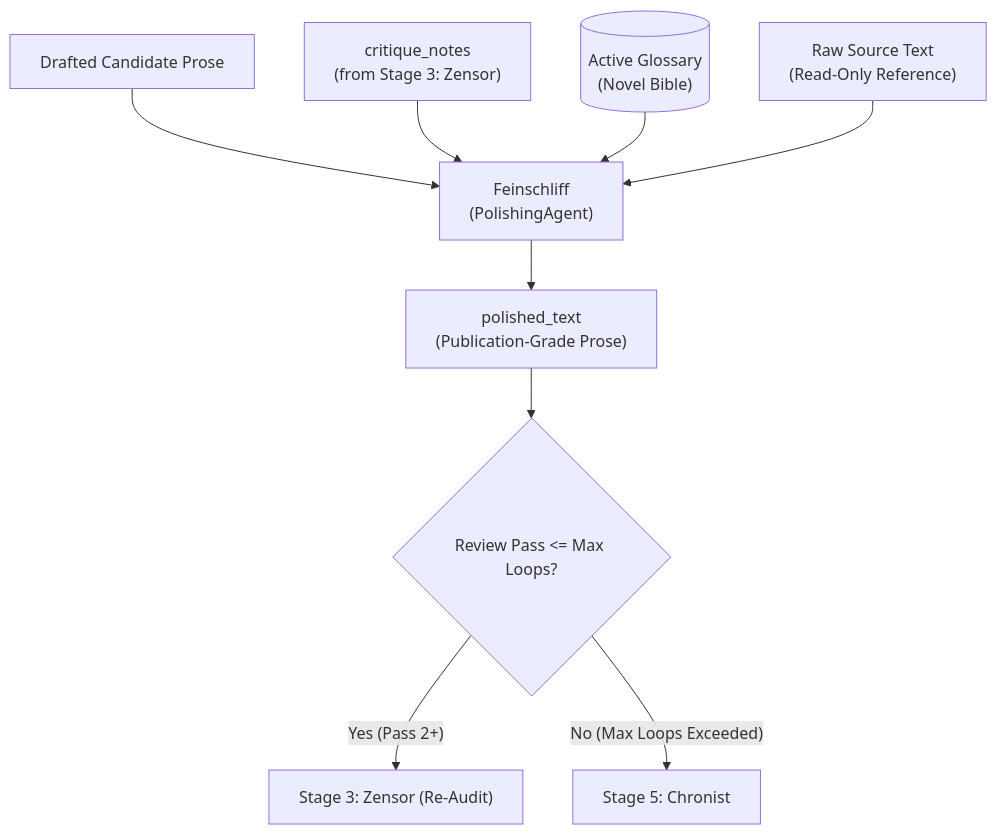
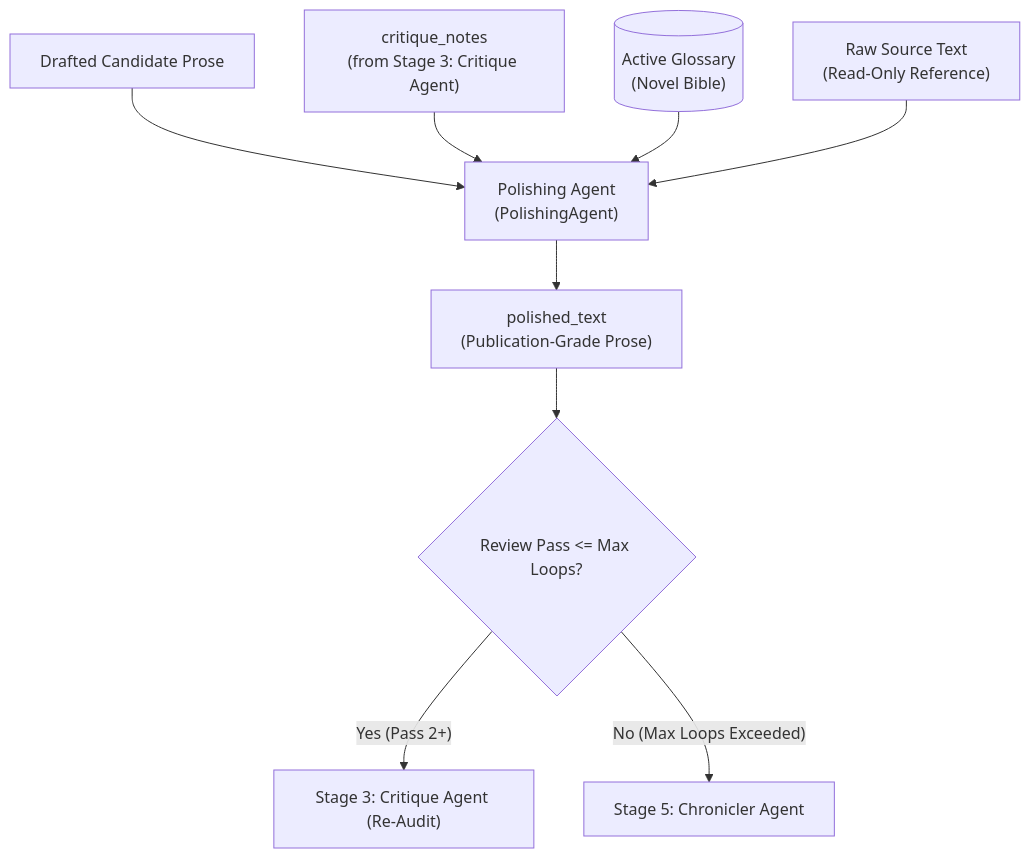
The diagram in doc/agents/04_polisher.md (Checkmartyr/NouSetsu), drawn with Mermaid before and after one commit. The commit also changed other lines of this file and 29 other files, not shown here.

````diff
--- a/doc/agents/04_polisher.md
+++ b/doc/agents/04_polisher.md
@@ -21,11 +21,11 @@
 ```mermaid
 graph TD
-    DRAFT["Drafted Candidate Prose"] --> POLISH["Feinschliff<br>(PolishingAgent)"]
-    NOTES["critique_notes<br>(from Stage 3: Zensor)"] --> POLISH
+    DRAFT["Drafted Candidate Prose"] --> POLISH["Polishing Agent<br>(PolishingAgent)"]
+    NOTES["critique_notes<br>(from Stage 3: Critique Agent)"] --> POLISH
     GLOSS[("Active Glossary<br>(Novel Bible)")] --> POLISH
     SRC["Raw Source Text<br>(Read-Only Reference)"] --> POLISH
     POLISH --> OUTPUT["polished_text<br>(Publication-Grade Prose)"]
     OUTPUT --> REAUDIT{"Review Pass <= Max Loops?"}
-    REAUDIT -->|"Yes (Pass 2+)"| ZENSOR["Stage 3: Zensor (Re-Audit)"]
-    REAUDIT -->|"No (Max Loops Exceeded)"| FINISH["Stage 5: Chronist"]
+    REAUDIT -->|"Yes (Pass 2+)"| CRITIC["Stage 3: Critique Agent (Re-Audit)"]
+    REAUDIT -->|"No (Max Loops Exceeded)"| FINISH["Stage 5: Chronicler Agent"]
 ```
````
